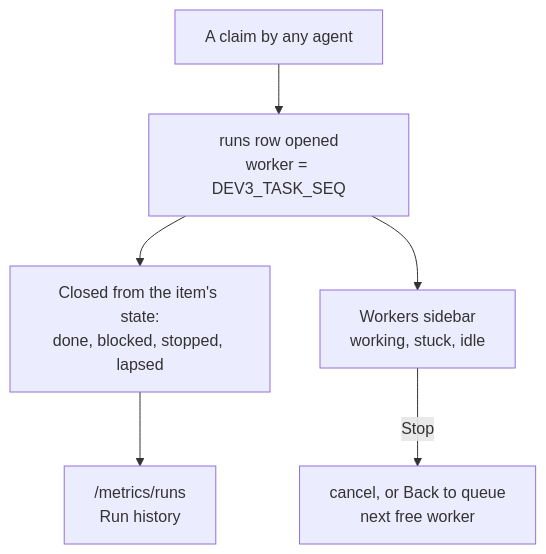
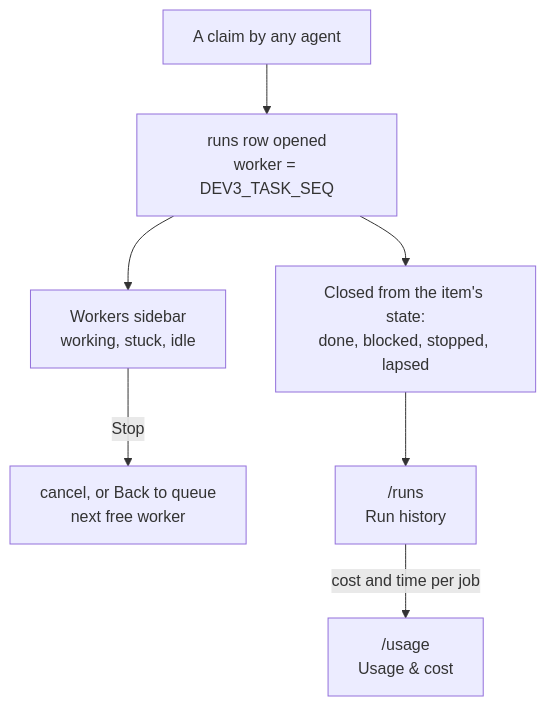
One commit to Pavlana/hirey changed the eighth of 10 diagrams in docs/how-it-works.md. Above: the diagram before and after it, drawn with Mermaid. The commit also changed other lines of this file and 26 other files, not shown here.

First line of the commit message:
Split Metrics into Usage & cost and Pipeline stats pages (#51)

````diff
--- a/docs/how-it-works.md
+++ b/docs/how-it-works.md
@@ -259,8 +259,9 @@
 ```mermaid
 flowchart TD
     claim["A claim by any agent"] --> run["runs row opened<br/>worker = DEV3_TASK_SEQ"]
     run --> state["Closed from the item's state:<br/>done, blocked, stopped, lapsed"]
     run --> side["Workers sidebar<br/>working, stuck, idle"]
     side -->|"Stop"| stop["cancel, or Back to queue<br/>next free worker"]
-    state --> hist["/metrics/runs<br/>Run history"]
+    state --> hist["/runs<br/>Run history"]
+    hist -->|"cost and time per job"| cost["/usage<br/>Usage & cost"]
 ```
````
